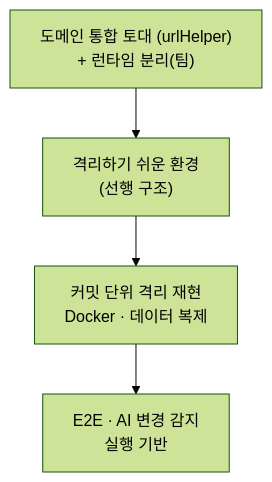
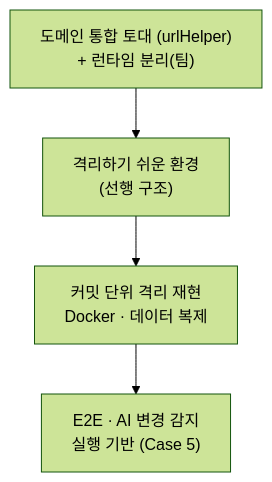
The third of 7 diagrams in portfolio.md (crowwan/resume), drawn with Mermaid (forest theme) before and after one commit. The commit also changed other lines of this file and 2 other files, not shown here.

````diff
--- a/portfolio.md
+++ b/portfolio.md
@@ -109,6 +168,6 @@
 ```mermaid
 flowchart TD
   R["도메인 통합 토대 (urlHelper)<br/>+ 런타임 분리(팀)"] --> M["격리하기 쉬운 환경<br/>(선행 구조)"]
   M --> I["커밋 단위 격리 재현<br/>Docker · 데이터 복제"]
-  I --> E["E2E · AI 변경 감지<br/>실행 기반"]
+  I --> E["E2E · AI 변경 감지<br/>실행 기반 (Case 5)"]
 ```
````
